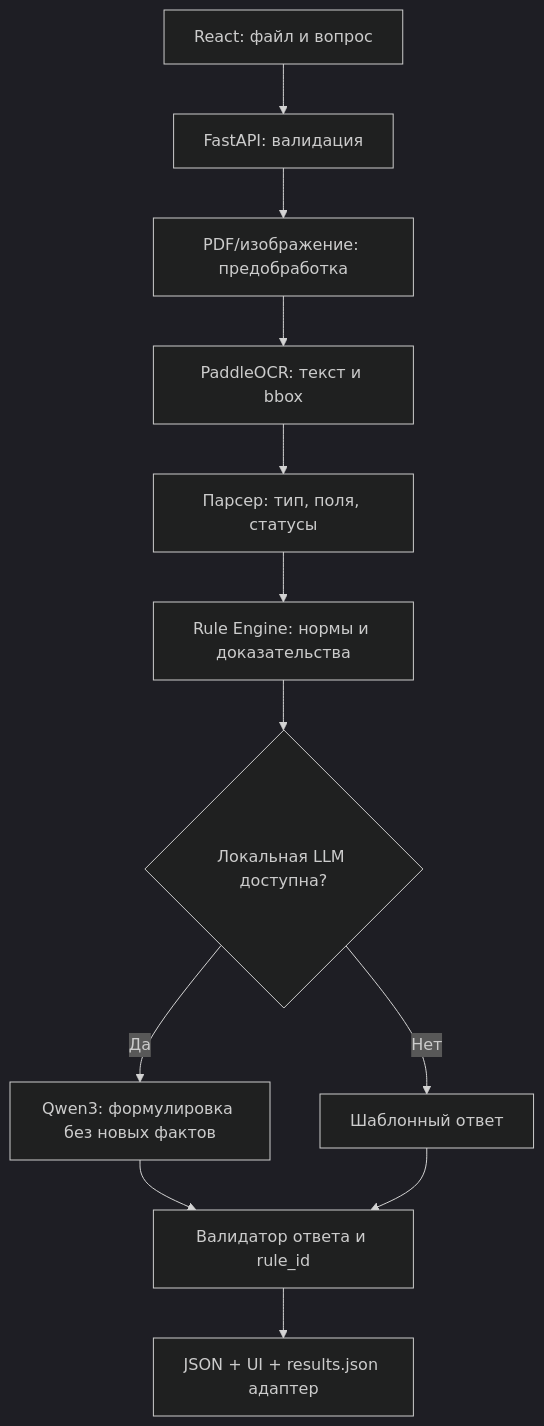
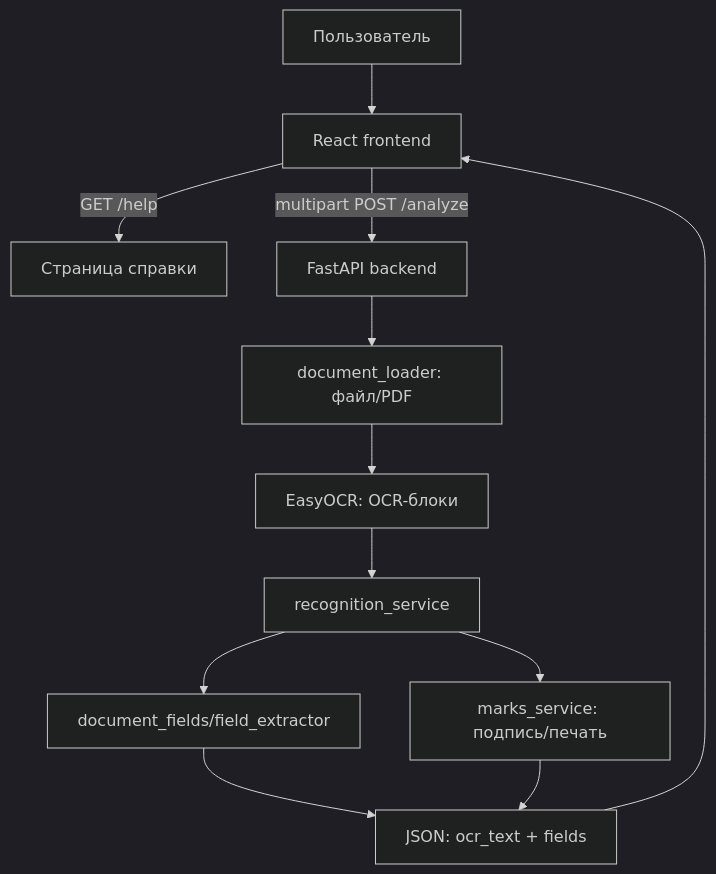
Before and after one commit to gantrack31-pixel/UmirHach_iKasGroup: the diagram in docs/obsidian-vault/02 Техника/Архитектура.md, drawn with Mermaid (dark theme). The commit also changed other lines of this file and 29 other files, not shown here.

````diff
--- a/docs/obsidian-vault/02 Техника/Архитектура.md
+++ b/docs/obsidian-vault/02 Техника/Архитектура.md
@@ -30,14 +16,14 @@
 ```mermaid
 flowchart TD
- A[React: файл и вопрос] --> B[FastAPI: валидация]
- B --> C[PDF/изображение: предобработка]
- C --> D[PaddleOCR: текст и bbox]
- D --> E[Парсер: тип, поля, статусы]
- E --> F[Rule Engine: нормы и доказательства]
- F --> G{Локальная LLM доступна?}
- G -->|Да| H[Qwen3: формулировка без новых фактов]
- G -->|Нет| I[Шаблонный ответ]
- H --> J[Валидатор ответа и rule_id]
- I --> J
- J --> K[JSON + UI + results.json адаптер]
+  U[Пользователь] --> F[React frontend]
+  F -->|GET /help| H[Страница справки]
+  F -->|multipart POST /analyze| A[FastAPI backend]
+  A --> L[document_loader: файл/PDF]
+  L --> O[EasyOCR: OCR-блоки]
+  O --> R[recognition_service]
+  R --> E[document_fields/field_extractor]
+  R --> M[marks_service: подпись/печать]
+  E --> J[JSON: ocr_text + fields]
+  M --> J
+  J --> F
 ```
````
